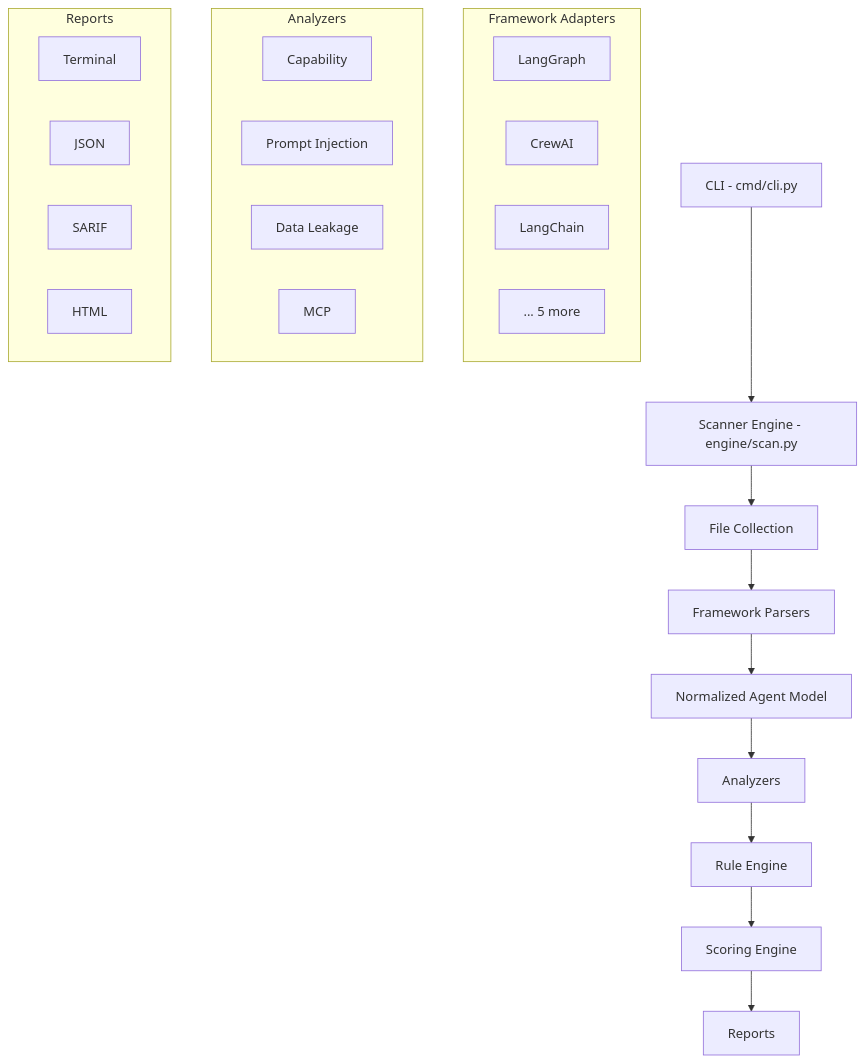
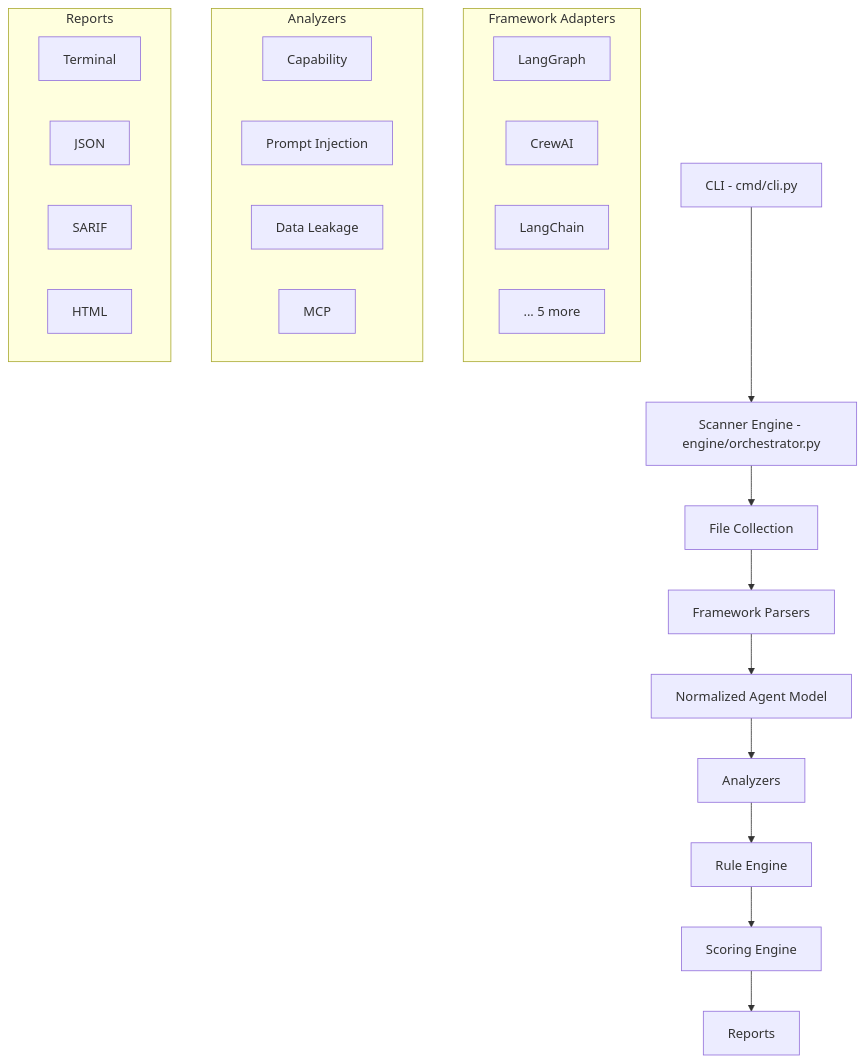
The first of 2 diagrams in docs/architecture/ARCHITECTURE_FOR_CONTRIBUTORS.md (ikaruscareer/SafeAI), drawn with Mermaid before and after one commit. The commit also changed other lines of this file and 8 other files, not shown here.

````diff
--- a/docs/architecture/ARCHITECTURE_FOR_CONTRIBUTORS.md
+++ b/docs/architecture/ARCHITECTURE_FOR_CONTRIBUTORS.md
@@ -9,32 +9,32 @@
 ```mermaid
 flowchart TD
-    A[CLI - cmd/cli.py] --> B[Scanner Engine - engine/scan.py]
+    A[CLI - cmd/cli.py] --> B[Scanner Engine - engine/orchestrator.py]
     B --> C[File Collection]
     C --> D[Framework Parsers]
     D --> E[Normalized Agent Model]
     E --> F[Analyzers]
     F --> G[Rule Engine]
     G --> H[Scoring Engine]
     H --> I[Reports]
 
     subgraph "Framework Adapters"
         D1[LangGraph]
         D2[CrewAI]
         D3[LangChain]
         D4[... 5 more]
     end
 
     subgraph "Analyzers"
         F1[Capability]
         F2[Prompt Injection]
         F3[Data Leakage]
         F4[MCP]
     end
 
     subgraph "Reports"
         I1[Terminal]
         I2[JSON]
         I3[SARIF]
         I4[HTML]
     end
 ```
````
